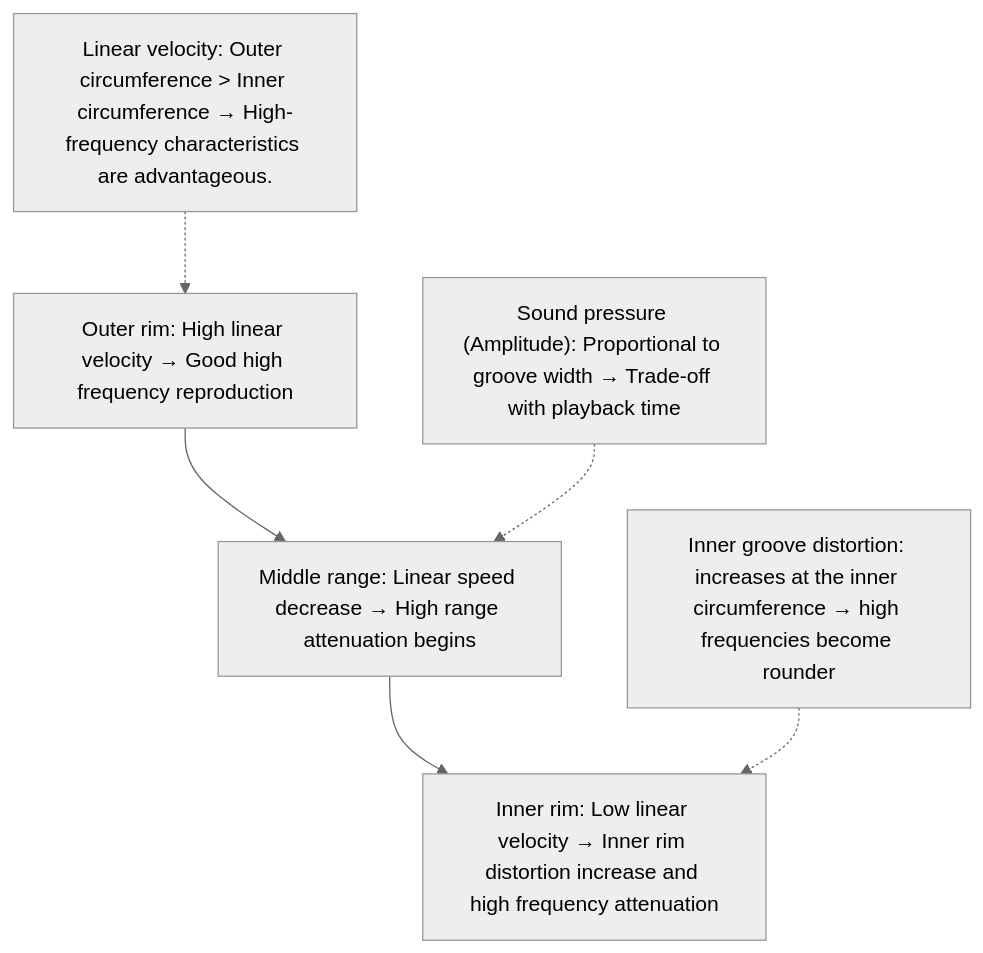
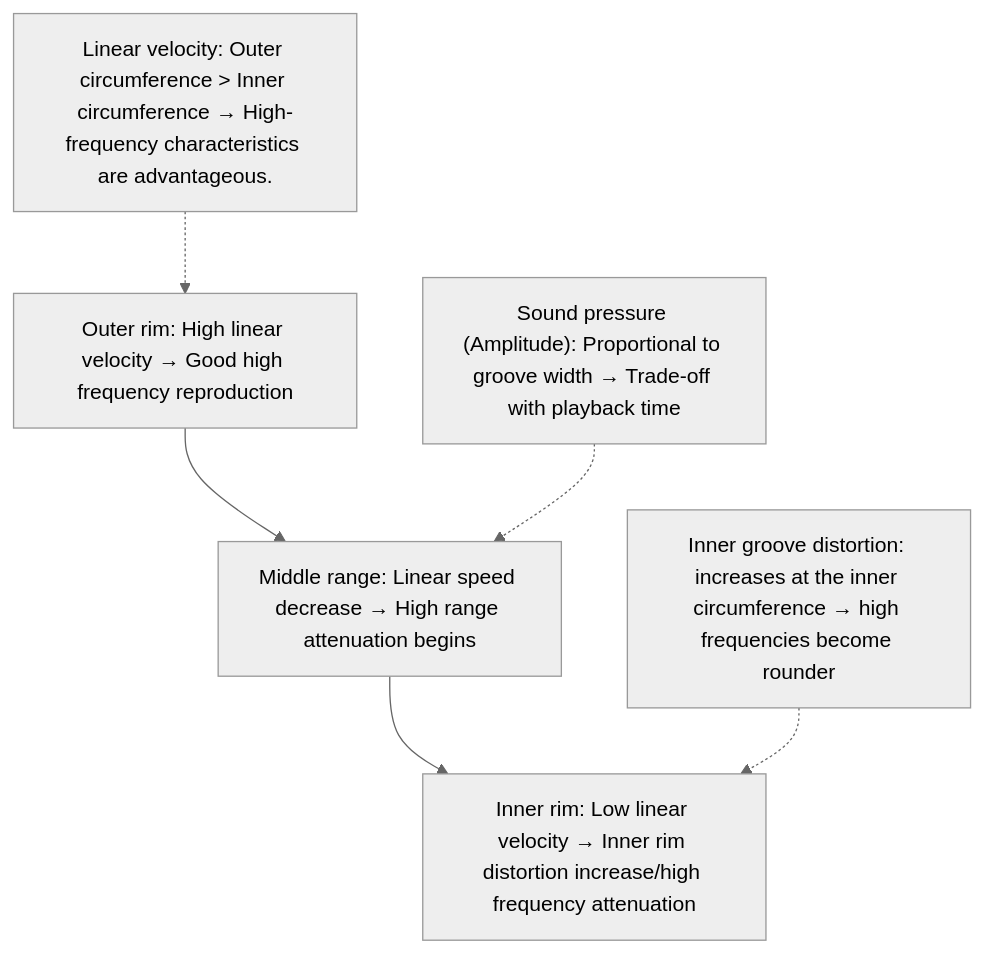
Before and after one commit to monumental-movement/monumental-movement.github.io: the third of 3 diagrams in en/_posts/2025-10-11-Colum-10-Inch-Vinyl-Tech.md, drawn with Mermaid (neutral theme). The commit also changed other lines of this file and 851 other files, not shown here.

```diff
--- a/en/_posts/2025-10-11-Colum-10-Inch-Vinyl-Tech.md
+++ b/en/_posts/2025-10-11-Colum-10-Inch-Vinyl-Tech.md
@@ -216,19 +216,19 @@
 <div class="mermaid">
 
 flowchart TD
     O["Outer rim: High linear velocity → Good high frequency reproduction"]
     M["Middle range: Linear speed decrease → High range attenuation begins"]
-    I["Inner rim: Low linear velocity → Inner rim distortion increase and high frequency attenuation"]
+    I["Inner rim: Low linear velocity → Inner rim distortion increase/high frequency attenuation"]
 
     O --> M --> I
 
     %% Add annotation with node
     A["Linear velocity: Outer circumference > Inner circumference → High-frequency characteristics are advantageous."]
     B["Inner groove distortion: increases at the inner circumference → high frequencies become rounder"]
     C["Sound pressure (Amplitude): Proportional to groove width → Trade-off with playback time"]
 
     A -.-> O
     B -.-> I
     C -.-> M
 
 </div>
```
